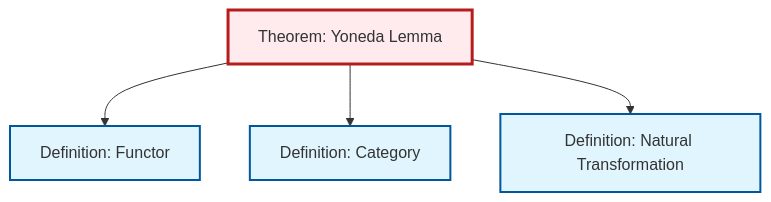
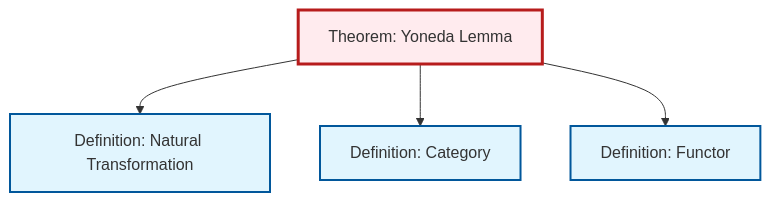
One commit to RK0429/ModernMath changed the diagram in content/en/category-theory/thm-yoneda.qmd. Above: the diagram before and after it, drawn with Mermaid. The commit also changed other lines of this file and 619 other files, not shown here.

````diff
--- a/content/en/category-theory/thm-yoneda.qmd
+++ b/content/en/category-theory/thm-yoneda.qmd
@@ -88,20 +88,20 @@
 ```{mermaid}
 %%| fig-cap: "Local dependency graph"
 graph TD
     classDef definition fill:#e1f5fe,stroke:#01579b,stroke-width:2px
     classDef theorem fill:#f3e5f5,stroke:#4a148c,stroke-width:2px
     classDef axiom fill:#fff3e0,stroke:#e65100,stroke-width:2px
     classDef example fill:#e8f5e9,stroke:#1b5e20,stroke-width:2px
     classDef current fill:#ffebee,stroke:#b71c1c,stroke-width:3px
-    def-functor["Definition: Functor"]:::definition
     def-natural-transformation["Definition: Natural Transformation"]:::definition
     thm-yoneda["Theorem: Yoneda Lemma"]:::theorem
     def-category["Definition: Category"]:::definition
+    def-functor["Definition: Functor"]:::definition
+    thm-yoneda --> def-natural-transformation
+    thm-yoneda --> def-category
     thm-yoneda --> def-functor
-    thm-yoneda --> def-category
-    thm-yoneda --> def-natural-transformation
     class thm-yoneda current
-    click def-functor "def-functor.html" "Go to Functor definition"
     click def-natural-transformation "def-natural-transformation.html" "Go to Natural Transformation definition"
     click def-category "def-category.html" "Go to Category definition"
+    click def-functor "def-functor.html" "Go to Functor definition"
 ```
````
